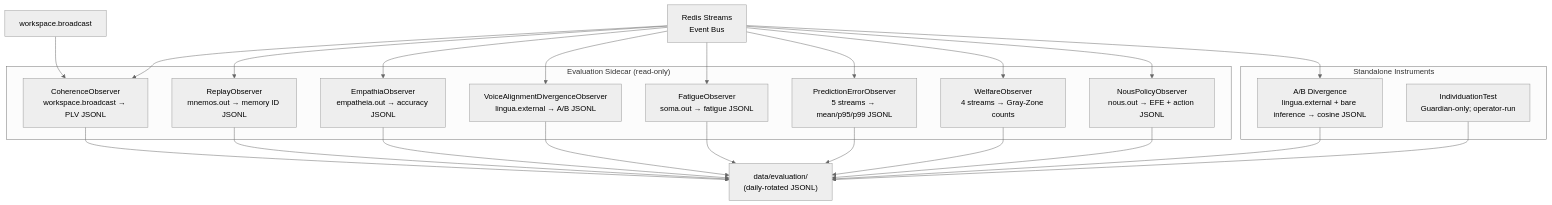
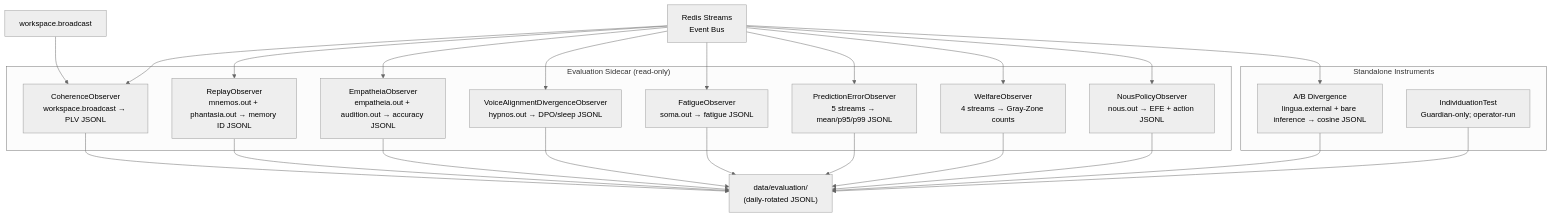
The first of 2 diagrams in docs/processes/evaluation-sidecar.md (kaineone/kaine), drawn with Mermaid (neutral theme) before and after one commit. The commit also changed other lines of this file and 29 other files, not shown here.

````diff
--- a/docs/processes/evaluation-sidecar.md
+++ b/docs/processes/evaluation-sidecar.md
@@ -32,45 +32,45 @@
 ```mermaid
 flowchart TD
     Bus["Redis Streams\nEvent Bus"]
     WS["workspace.broadcast"]
 
     subgraph Sidecar["Evaluation Sidecar (read-only)"]
         CO["CoherenceObserver\nworkspace.broadcast → PLV JSONL"]
-        RO["ReplayObserver\nmnemos.out → memory ID JSONL"]
-        EO["EmpathiaObserver\nempatheia.out → accuracy JSONL"]
-        VAO["VoiceAlignmentDivergenceObserver\nlingua.external → A/B JSONL"]
+        RO["ReplayObserver\nmnemos.out + phantasia.out → memory ID JSONL"]
+        EO["EmpatheiaObserver\nempatheia.out + audition.out → accuracy JSONL"]
+        VAO["VoiceAlignmentDivergenceObserver\nhypnos.out → DPO/sleep JSONL"]
         FO["FatigueObserver\nsoma.out → fatigue JSONL"]
         PEO["PredictionErrorObserver\n5 streams → mean/p95/p99 JSONL"]
         WO["WelfareObserver\n4 streams → Gray-Zone counts"]
         NPO["NousPolicyObserver\nnous.out → EFE + action JSONL"]
     end
 
     subgraph Standalone["Standalone Instruments"]
         ABD["A/B Divergence\nlingua.external + bare inference → cosine JSONL"]
         IND["IndividuationTest\nGuardian-only; operator-run"]
     end
 
     Bus --> CO
     Bus --> RO
     Bus --> EO
     Bus --> VAO
     Bus --> FO
     Bus --> PEO
     Bus --> WO
     Bus --> NPO
     WS --> CO
 
     Bus --> ABD
 
     JSONL["data/evaluation/\n(daily-rotated JSONL)"]
     CO --> JSONL
     RO --> JSONL
     EO --> JSONL
     VAO --> JSONL
     FO --> JSONL
     PEO --> JSONL
     WO --> JSONL
     NPO --> JSONL
     ABD --> JSONL
     IND --> JSONL
 ```
````
